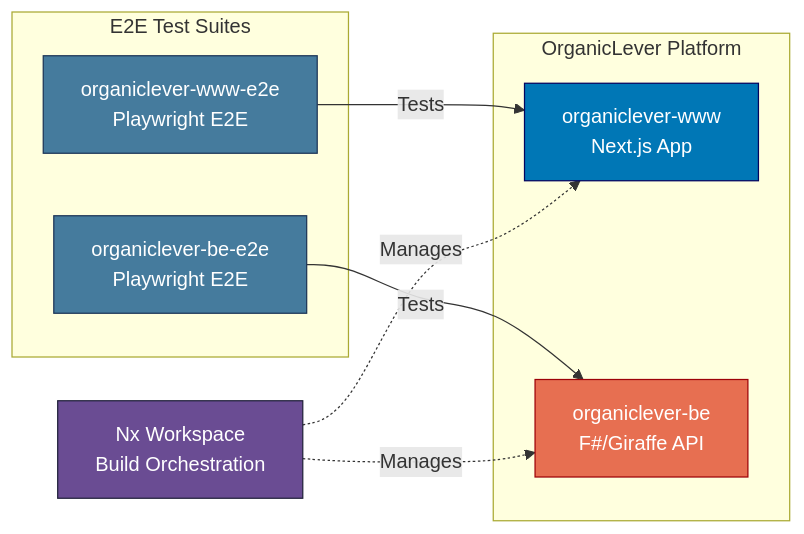
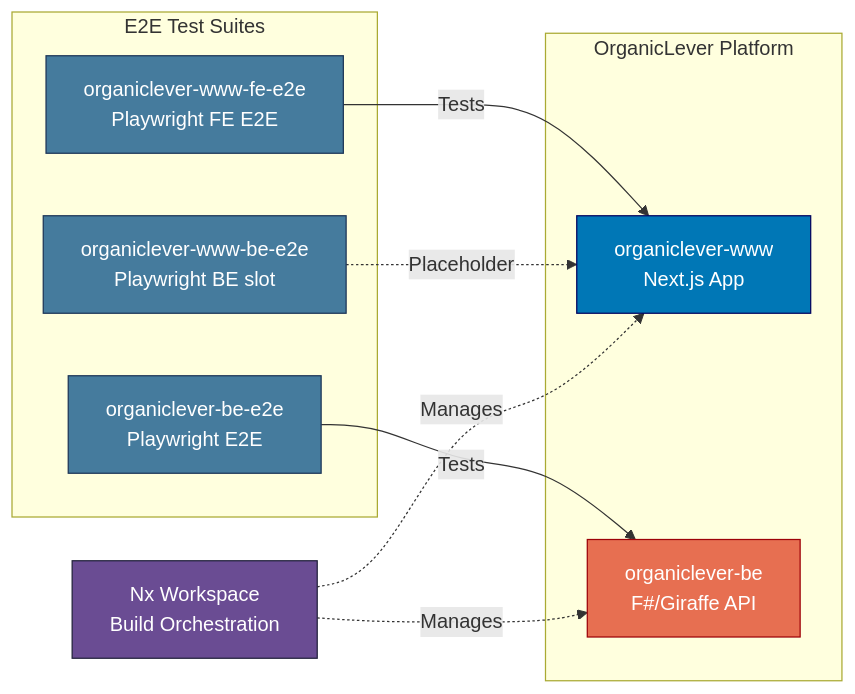
One commit to wahidyankf/baseerah changed the third of 3 diagrams in docs/reference/system-architecture/applications.md. Above: the diagram before and after it, drawn with Mermaid. The commit also changed other lines of this file and 42 other files, not shown here.

First line of the commit message:
ci(workflows): restructure www tier + reusables, split organiclever-www e2e

````diff
--- a/docs/reference/system-architecture/applications.md
+++ b/docs/reference/system-architecture/applications.md
@@ -269,25 +276,28 @@
 ```mermaid
 graph LR
     subgraph "OrganicLever Platform"
         OL_FE[organiclever-www<br/>Next.js App]
         OL_BE[organiclever-be<br/>F#/Giraffe API]
     end
 
     subgraph "E2E Test Suites"
-        OL_FE_E2E[organiclever-www-e2e<br/>Playwright E2E]
+        OL_WWW_FE_E2E[organiclever-www-fe-e2e<br/>Playwright FE E2E]
+        OL_WWW_BE_E2E[organiclever-www-be-e2e<br/>Playwright BE slot]
         OL_BE_E2E[organiclever-be-e2e<br/>Playwright E2E]
     end
 
     NX[Nx Workspace<br/>Build Orchestration]
 
-    OL_FE_E2E -->|Tests| OL_FE
+    OL_WWW_FE_E2E -->|Tests| OL_FE
+    OL_WWW_BE_E2E -.->|Placeholder| OL_FE
     OL_BE_E2E -->|Tests| OL_BE
     NX -.->|Manages| OL_FE
     NX -.->|Manages| OL_BE
 
     style OL_FE fill:#0077b6,stroke:#03045e,color:#ffffff
     style OL_BE fill:#e76f51,stroke:#9d0208,color:#ffffff
-    style OL_FE_E2E fill:#457b9d,stroke:#1d3557,color:#ffffff
+    style OL_WWW_FE_E2E fill:#457b9d,stroke:#1d3557,color:#ffffff
+    style OL_WWW_BE_E2E fill:#457b9d,stroke:#1d3557,color:#ffffff
     style OL_BE_E2E fill:#457b9d,stroke:#1d3557,color:#ffffff
     style NX fill:#6a4c93,stroke:#22223b,color:#ffffff
 ```
````
